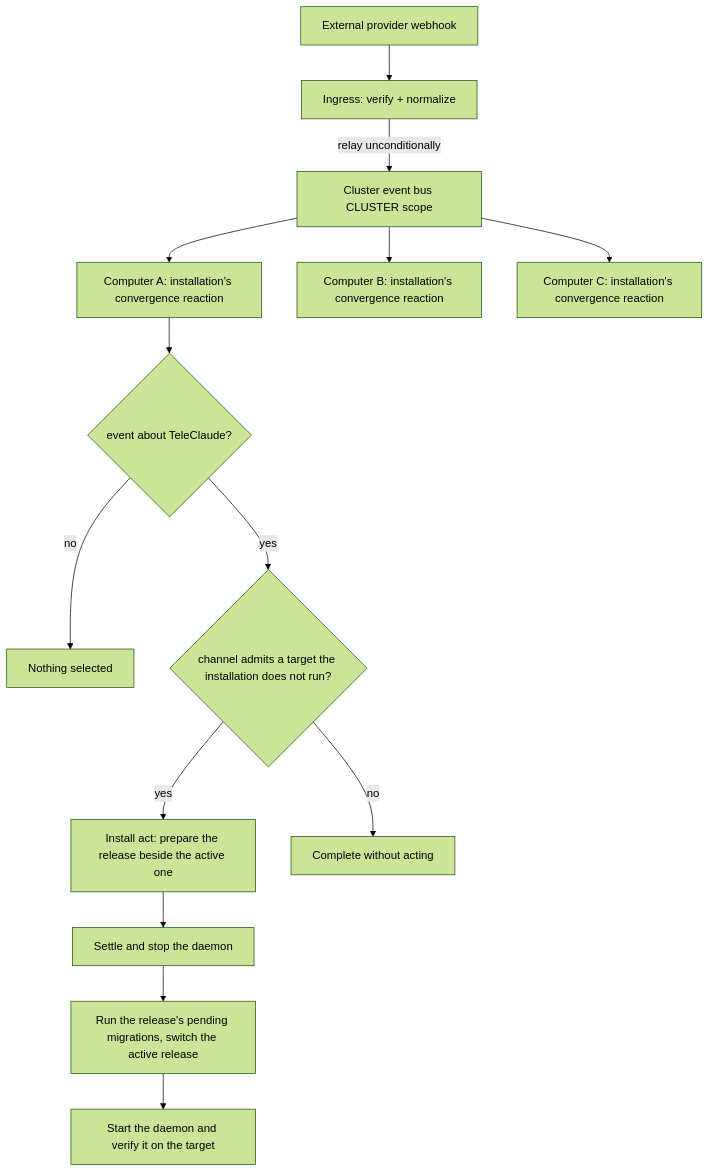
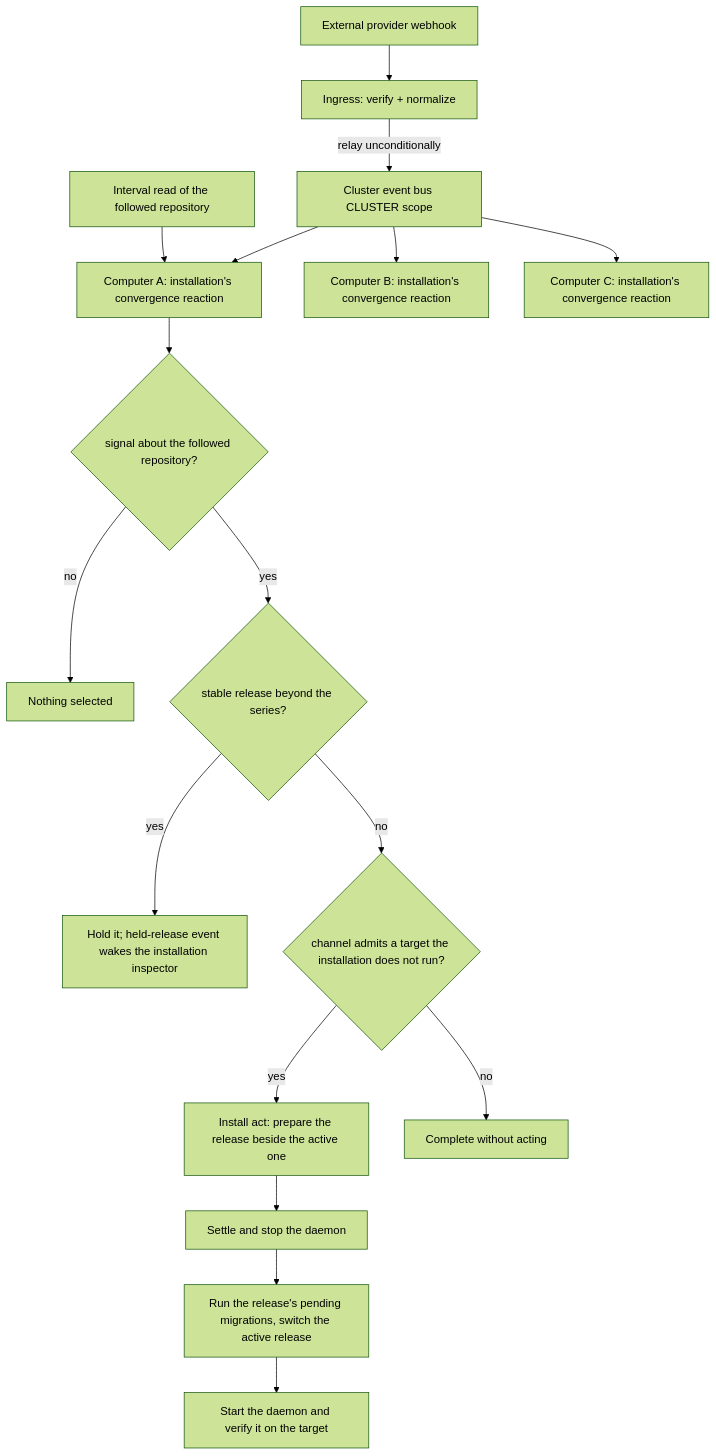
The diagram in docs/local/design/architecture/deployment-pipeline.md (InstruktAI/TeleClaude), drawn with Mermaid (forest theme) before and after one commit. The commit also changed other lines of this file and 14 other files, not shown here.

````diff
--- a/docs/local/design/architecture/deployment-pipeline.md
+++ b/docs/local/design/architecture/deployment-pipeline.md
@@ -147,16 +154,19 @@
 ```mermaid
 flowchart TD
     GH[External provider webhook] --> ING[Ingress: verify + normalize]
     ING -->|relay unconditionally| BUS[Cluster event bus CLUSTER scope]
     BUS --> N1[Computer A: installation's convergence reaction]
     BUS --> N2[Computer B: installation's convergence reaction]
     BUS --> N3[Computer C: installation's convergence reaction]
-    N1 --> O1{event about TeleClaude?}
+    TIMER[Interval read of the followed repository] --> N1
+    N1 --> O1{signal about the followed repository?}
     O1 -->|no| S0[Nothing selected]
-    O1 -->|yes| P1{channel admits a target the installation does not run?}
+    O1 -->|yes| B1{stable release beyond the series?}
+    B1 -->|yes| H1[Hold it; held-release event wakes the installation inspector]
+    B1 -->|no| P1{channel admits a target the installation does not run?}
     P1 -->|yes| C1[Install act: prepare the release beside the active one]
     C1 --> W1[Settle and stop the daemon]
     W1 --> M1[Run the release's pending migrations, switch the active release]
     M1 --> W2[Start the daemon and verify it on the target]
     P1 -->|no| S1[Complete without acting]
 ```
````
